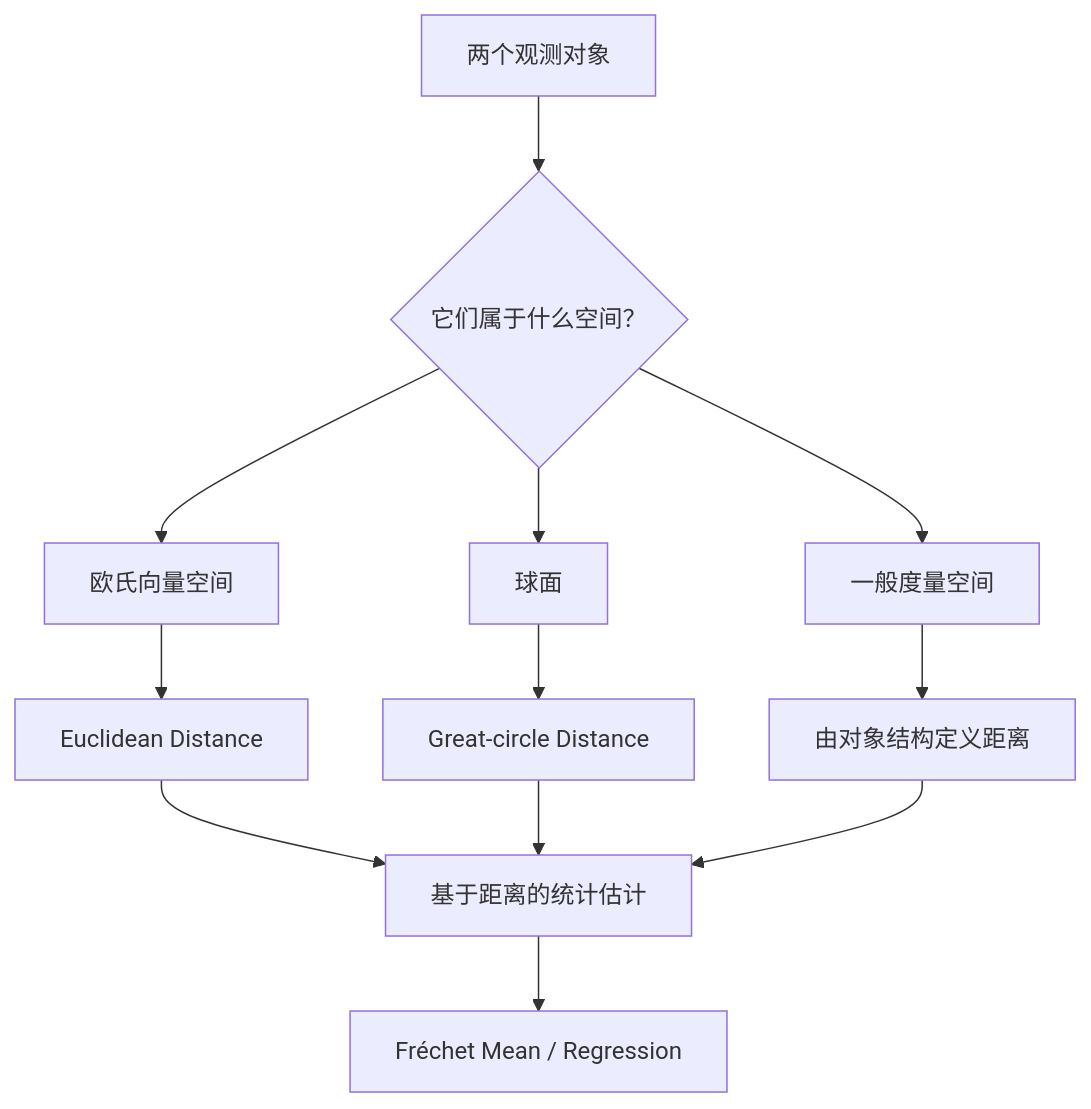
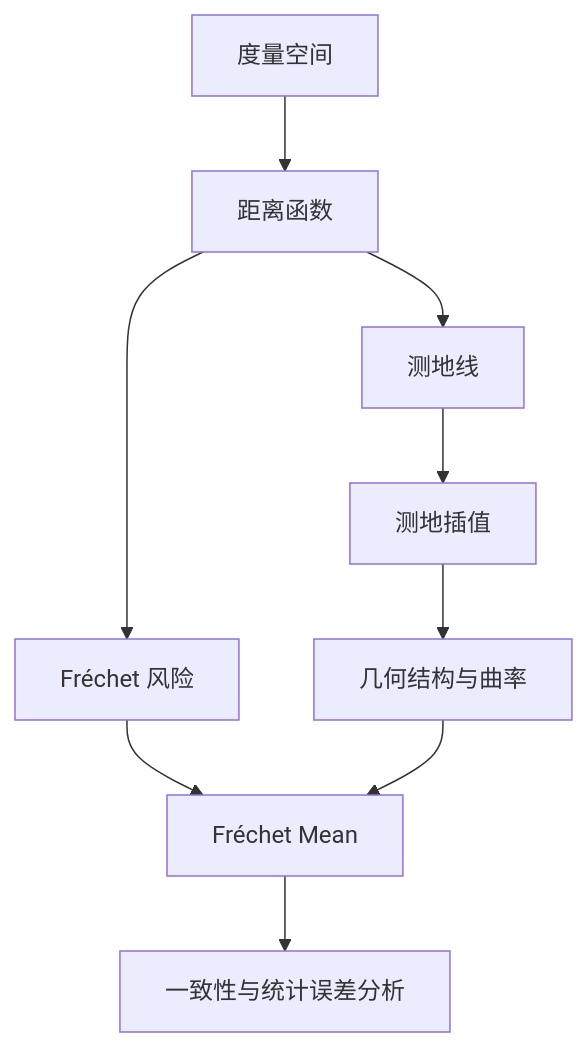
One commit to Salty-yeah-888/non-euclidean-statistics-notes changed the first of 2 diagrams in issues/002-geodesic-distance.md. Above: the diagram before and after it, drawn with Mermaid. The commit also changed other lines of this file, not shown here.

````diff
--- a/issues/002-geodesic-distance.md
+++ b/issues/002-geodesic-distance.md
@@ -120,18 +172,11 @@
 ```mermaid
 flowchart TD
-    A["两个观测对象"] --> B{"它们属于什么空间？"}
-
-    B --> C["欧氏向量空间"]
-    B --> D["球面"]
-    B --> E["一般度量空间"]
-
-    C --> F["Euclidean Distance"]
-    D --> G["Great-circle Distance"]
-    E --> H["由对象结构定义距离"]
-
-    F --> I["基于距离的统计估计"]
-    G --> I
-    H --> I
-
-    I --> J["Fréchet Mean / Regression"]
+    A["度量空间"] --> B["距离函数"]
+    B --> C["测地线"]
+    C --> D["测地插值"]
+    B --> E["Fréchet 风险"]
+    D --> F["几何结构与曲率"]
+    E --> G["Fréchet Mean"]
+    F --> G
+    G --> H["一致性与统计误差分析"]
 ```
````
